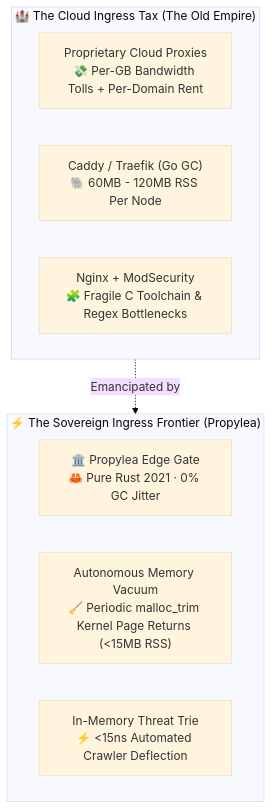
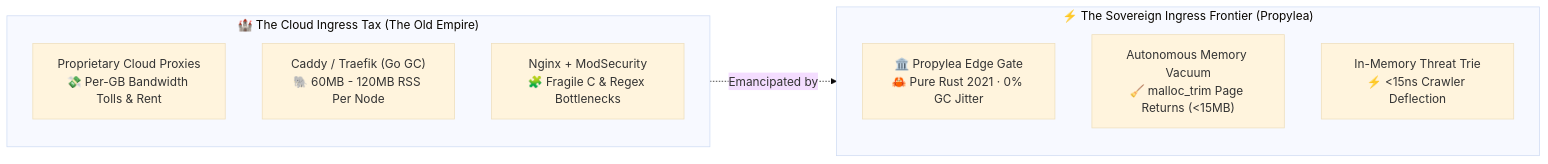
One commit to rmediatech/propylea changed the diagram in README.md. Above: the diagram before and after it, drawn with Mermaid (base theme). The commit also changed other lines of this file, not shown here.

````diff
--- a/README.md
+++ b/README.md
@@ -126,18 +137,18 @@
 ```mermaid
-flowchart TD
+flowchart LR
     subgraph HeavyIngress ["🏰 The Cloud Ingress Tax (The Old Empire)"]
-        direction LR
-        CloudProxy["Proprietary Cloud Proxies\n💸 Per-GB Bandwidth Tolls + Per-Domain Rent"]
+        direction TB
+        CloudProxy["Proprietary Cloud Proxies\n💸 Per-GB Bandwidth Tolls & Rent"]
         GoProxy["Caddy / Traefik (Go GC)\n🐘 60MB - 120MB RSS Per Node"]
-        NginxProxy["Nginx + ModSecurity\n🧩 Fragile C Toolchain & Regex Bottlenecks"]
+        NginxProxy["Nginx + ModSecurity\n🧩 Fragile C & Regex Bottlenecks"]
     end
 
     subgraph PropyleaFrontier ["⚡ The Sovereign Ingress Frontier (Propylea)"]
-        direction LR
+        direction TB
         PropyleaCore["🏛️ Propylea Edge Gate\n🦀 Pure Rust 2021 · 0% GC Jitter"]
-        MemVacuum["Autonomous Memory Vacuum\n🧹 Periodic malloc_trim Kernel Page Returns (<15MB RSS)"]
-        NanosecondTrie["In-Memory Threat Trie\n⚡ <15ns Automated Crawler Deflection"]
+        MemVacuum["Autonomous Memory Vacuum\n🧹 malloc_trim Page Returns (<15MB)"]
+        NanosecondTrie["In-Memory Threat Trie\n⚡ <15ns Crawler Deflection"]
     end
 
     HeavyIngress -.->|"Emancipated by"| PropyleaFrontier
 ```
````
